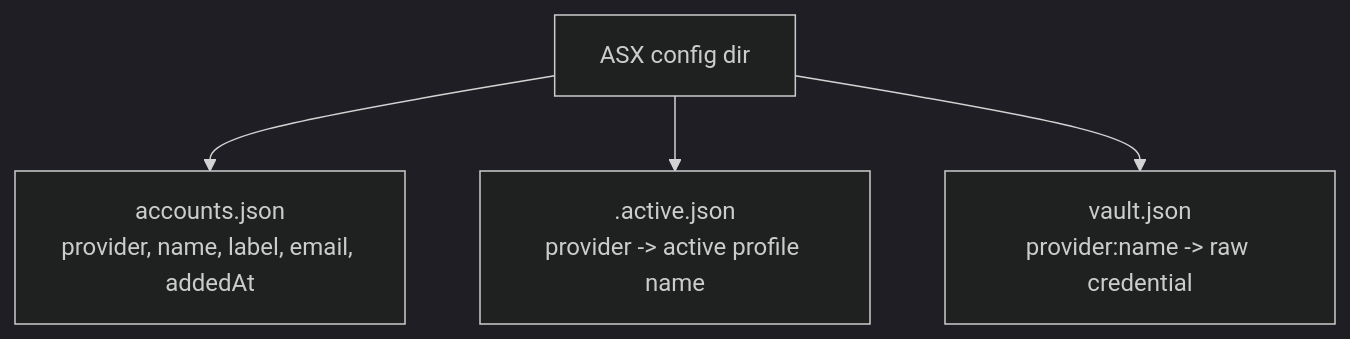
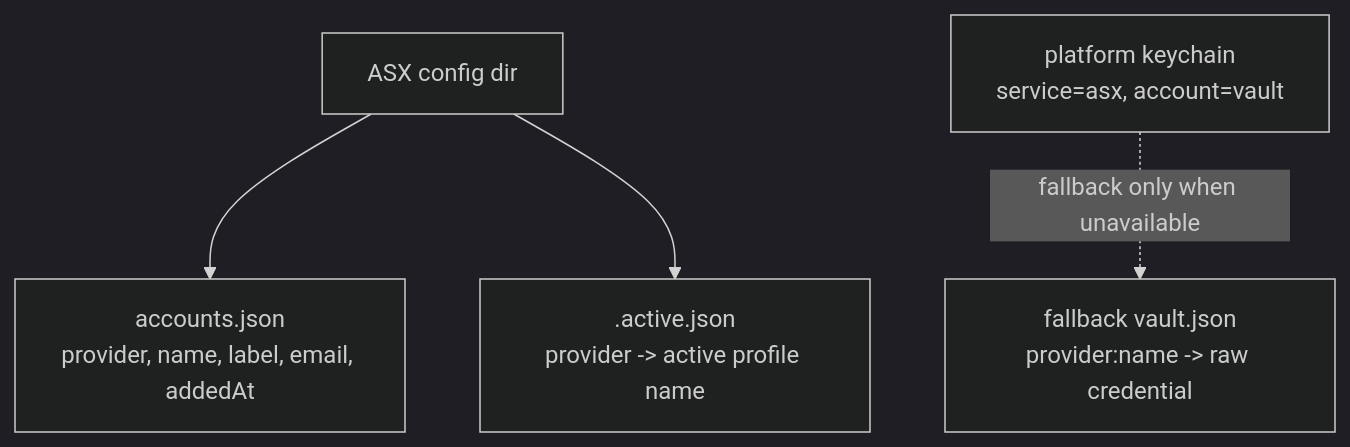
One commit to enif-lee/asx changed the fourth of 8 diagrams in ARCHITECTURE.md. Above: the diagram before and after it, drawn with Mermaid (dark theme). The commit also changed other lines of this file and 3 other files, not shown here.

Commit message:
fix(storage): use keychain as primary vault

````diff
--- a/ARCHITECTURE.md
+++ b/ARCHITECTURE.md
@@ -98,11 +98,12 @@
 ```mermaid
 flowchart TD
   Config["ASX config dir"]
   Accounts["accounts.json<br/>provider, name, label, email, addedAt"]
   Active[".active.json<br/>provider -> active profile name"]
-  VaultFile["vault.json<br/>provider:name -> raw credential"]
+  Keychain["platform keychain<br/>service=asx, account=vault"]
+  VaultFile["fallback vault.json<br/>provider:name -> raw credential"]
 
   Config --> Accounts
   Config --> Active
-  Config --> VaultFile
+  Keychain -. "fallback only when unavailable" .-> VaultFile
 ```
````
